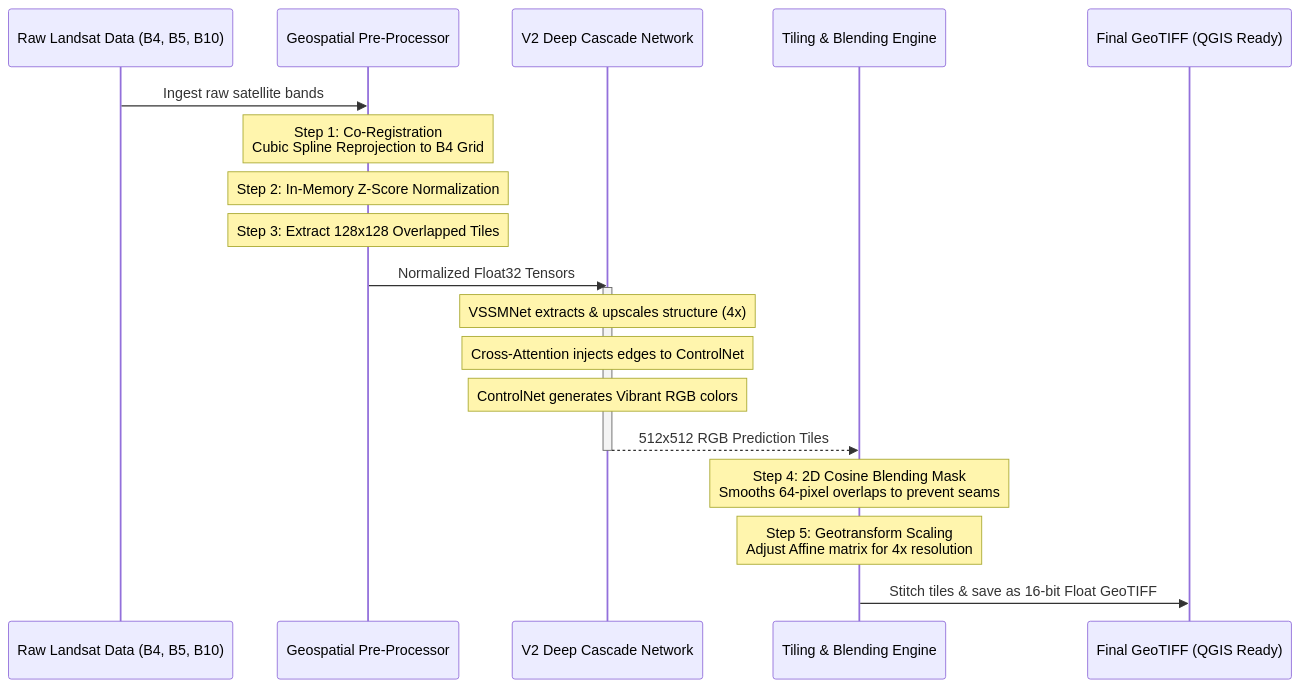
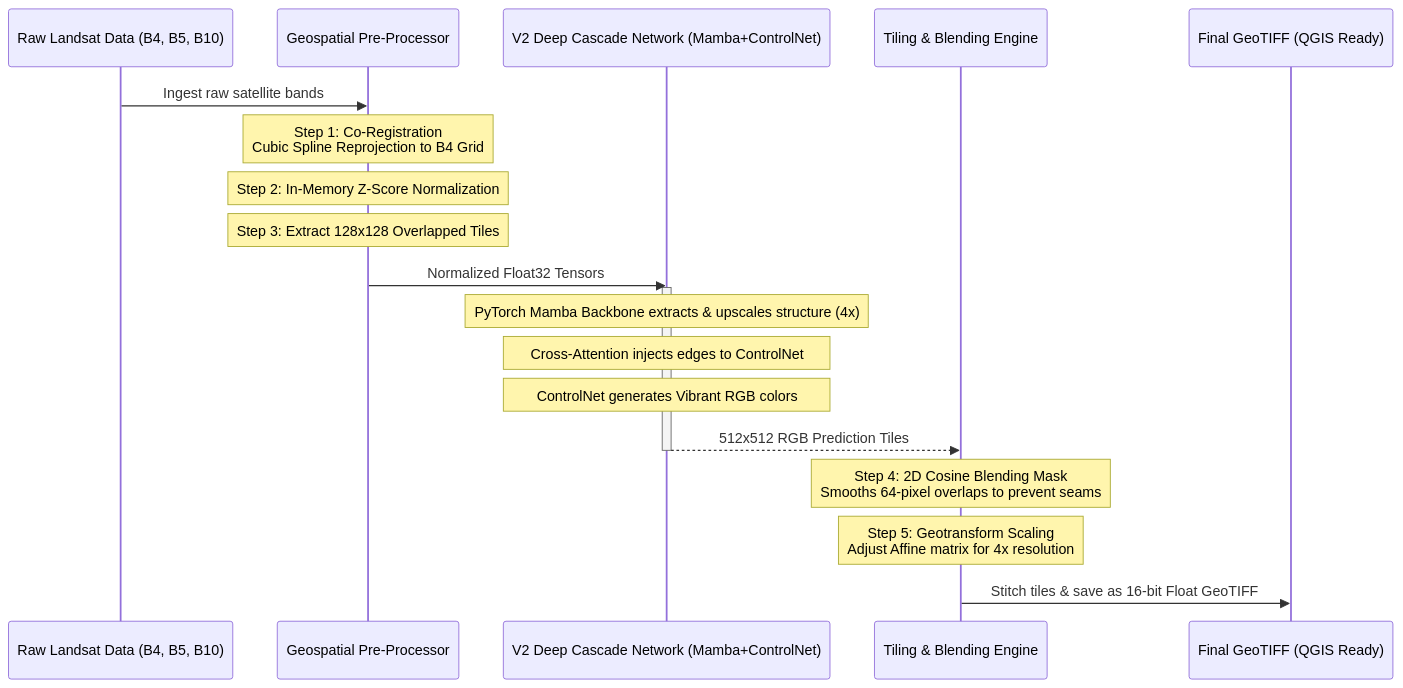
Before and after one commit to rohit-debnath24/IR-Image-Colouring: the second of 3 diagrams in docs/v2_architecture.md, drawn with Mermaid. The commit also changed other lines of this file and 2 other files, not shown here.

````diff
--- a/docs/v2_architecture.md
+++ b/docs/v2_architecture.md
@@ -40,28 +42,28 @@
 ```mermaid
 sequenceDiagram
     participant Raw as Raw Landsat Data (B4, B5, B10)
     participant Pre as Geospatial Pre-Processor
-    participant AI as V2 Deep Cascade Network
+    participant AI as V2 Deep Cascade Network (Mamba+ControlNet)
     participant Post as Tiling & Blending Engine
     participant GIS as Final GeoTIFF (QGIS Ready)
 
     Raw->>Pre: Ingest raw satellite bands
   
     Note over Pre: Step 1: Co-Registration<br/>Cubic Spline Reprojection to B4 Grid
     Note over Pre: Step 2: In-Memory Z-Score Normalization
     Note over Pre: Step 3: Extract 128x128 Overlapped Tiles
   
     Pre->>AI: Normalized Float32 Tensors
   
     activate AI
-    Note over AI: VSSMNet extracts & upscales structure (4x)
+    Note over AI: PyTorch Mamba Backbone extracts & upscales structure (4x)
     Note over AI: Cross-Attention injects edges to ControlNet
     Note over AI: ControlNet generates Vibrant RGB colors
     AI-->>Post: 512x512 RGB Prediction Tiles
     deactivate AI
   
     Note over Post: Step 4: 2D Cosine Blending Mask<br/>Smooths 64-pixel overlaps to prevent seams
     Note over Post: Step 5: Geotransform Scaling<br/>Adjust Affine matrix for 4x resolution
   
     Post->>GIS: Stitch tiles & save as 16-bit Float GeoTIFF
 ```
````
